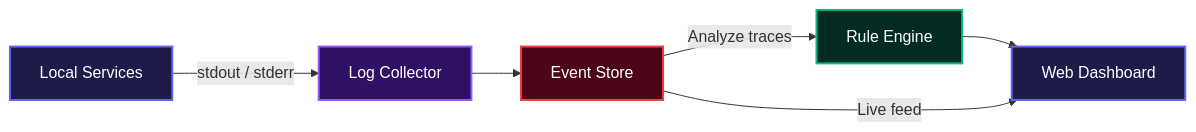
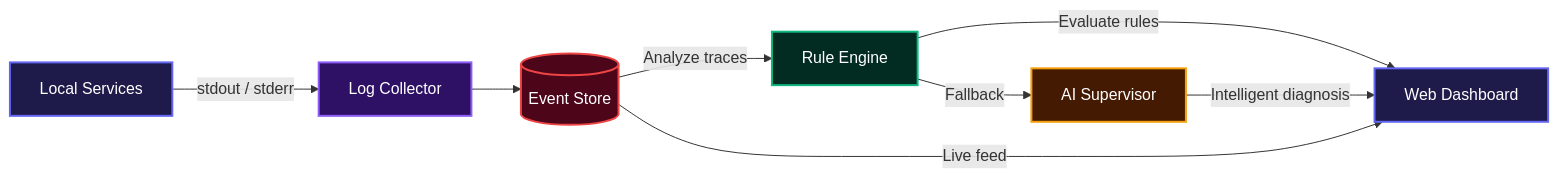
Before and after one commit to olusanyaemmanuelpg-sudo/tracewatch: the first of 2 diagrams in README.md, drawn with Mermaid. The commit also changed other lines of this file, not shown here.

Commit message:
Enhance README to include AI Supervisor fallback feature; update system architecture and API description for clarity

````diff
--- a/README.md
+++ b/README.md
@@ -7,20 +7,24 @@
 ```mermaid
 flowchart LR
   Service["Local Services"]
   Collector["Log Collector"]
-  Store["Event Store"]
+  Store[("Event Store")]
   Analyzer["Rule Engine"]
+  AI["AI Supervisor"]
   Dashboard["Web Dashboard"]
 
   Service -- "stdout / stderr" --> Collector
   Collector --> Store
   Store -- "Analyze traces" --> Analyzer
-  Analyzer --> Dashboard
+  Analyzer -- "Evaluate rules" --> Dashboard
+  Analyzer -- "Fallback" --> AI
+  AI -- "Intelligent diagnosis" --> Dashboard
   Store -- "Live feed" --> Dashboard
 
   style Service fill:#1e1b4b,stroke:#6366f1,stroke-width:2px,color:#fff
   style Collector fill:#2e1065,stroke:#8b5cf6,stroke-width:2px,color:#fff
   style Store fill:#4c0519,stroke:#ef4444,stroke-width:2px,color:#fff
   style Analyzer fill:#022c22,stroke:#10b981,stroke-width:2px,color:#fff
+  style AI fill:#451a03,stroke:#f59e0b,stroke-width:2px,color:#fff
   style Dashboard fill:#1e1b4b,stroke:#6366f1,stroke-width:2px,color:#fff
 ```
````
